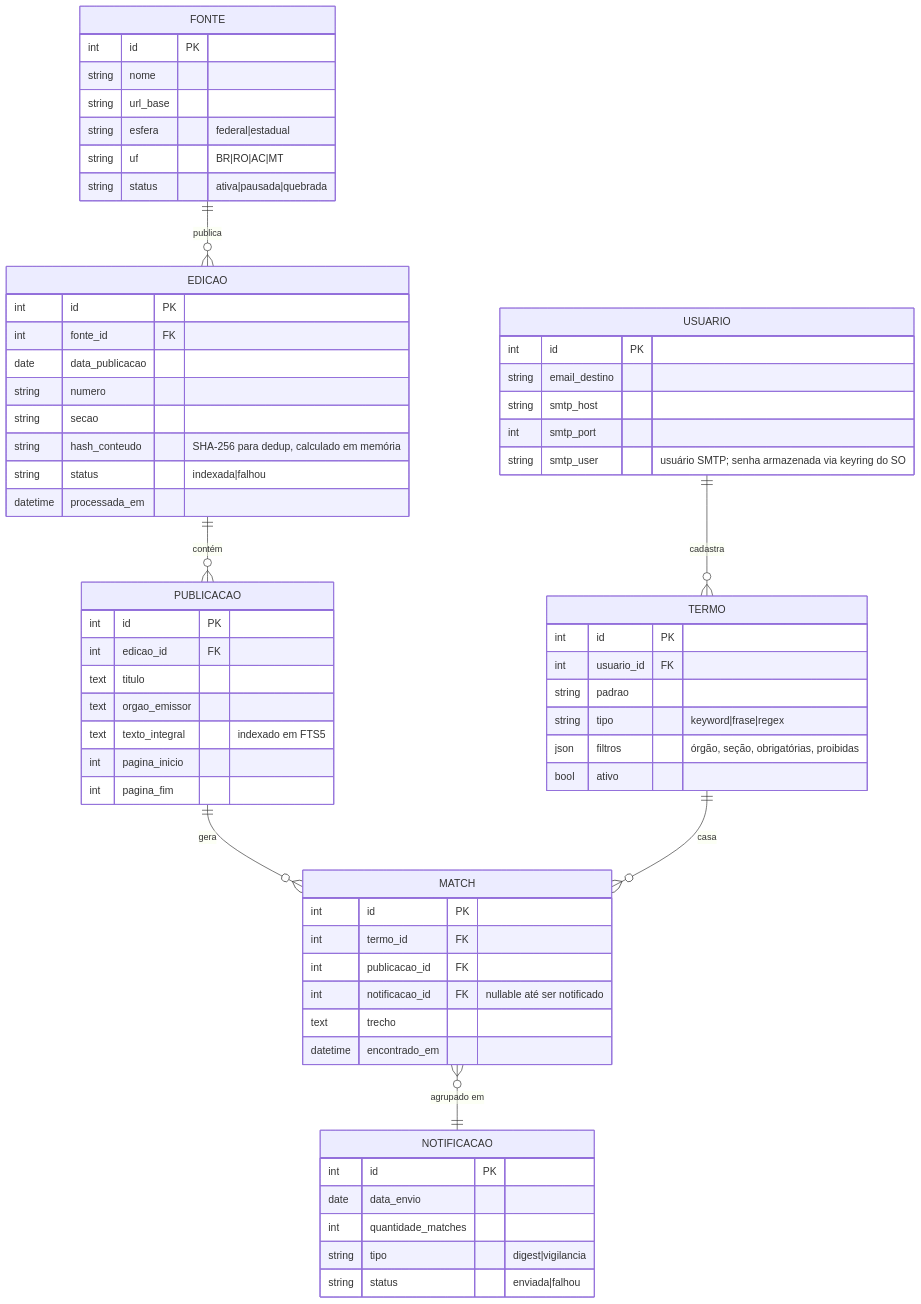
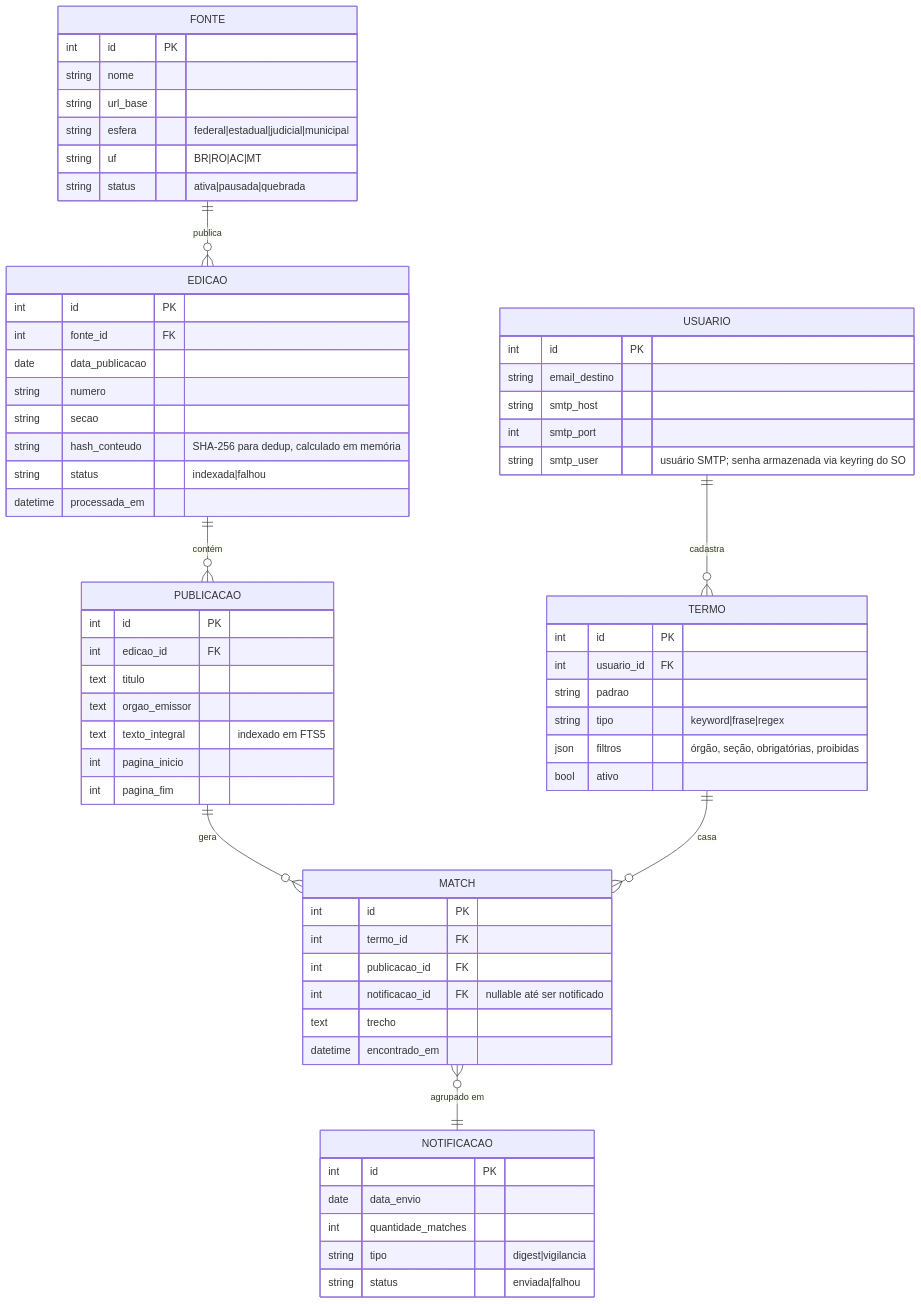
Before and after one commit to CharlestonRibeiro/achaDO: the third of 3 diagrams in docs/ARCHITECTURE.md, drawn with Mermaid. The commit also changed other lines of this file and 1 other file, not shown here.

````diff
--- a/docs/ARCHITECTURE.md
+++ b/docs/ARCHITECTURE.md
@@ -145,67 +145,67 @@
 ```mermaid
 erDiagram
     FONTE ||--o{ EDICAO : "publica"
     EDICAO ||--o{ PUBLICACAO : "contém"
     PUBLICACAO ||--o{ MATCH : "gera"
     TERMO ||--o{ MATCH : "casa"
     USUARIO ||--o{ TERMO : "cadastra"
     MATCH }o--|| NOTIFICACAO : "agrupado em"
 
     FONTE {
         int id PK
         string nome
         string url_base
-        string esfera "federal|estadual"
+        string esfera "federal|estadual|judicial|municipal"
         string uf "BR|RO|AC|MT"
         string status "ativa|pausada|quebrada"
     }
     EDICAO {
         int id PK
         int fonte_id FK
         date data_publicacao
         string numero
         string secao
         string hash_conteudo "SHA-256 para dedup, calculado em memória"
         string status "indexada|falhou"
         datetime processada_em
     }
     PUBLICACAO {
         int id PK
         int edicao_id FK
         text titulo
         text orgao_emissor
         text texto_integral "indexado em FTS5"
         int pagina_inicio
         int pagina_fim
     }
     TERMO {
         int id PK
         int usuario_id FK
         string padrao
         string tipo "keyword|frase|regex"
         json filtros "órgão, seção, obrigatórias, proibidas"
         bool ativo
     }
     MATCH {
         int id PK
         int termo_id FK
         int publicacao_id FK
         int notificacao_id FK "nullable até ser notificado"
         text trecho
         datetime encontrado_em
     }
     NOTIFICACAO {
         int id PK
         date data_envio
         int quantidade_matches
         string tipo "digest|vigilancia"
         string status "enviada|falhou"
     }
     USUARIO {
         int id PK
         string email_destino
         string smtp_host
         int smtp_port
         string smtp_user "usuário SMTP; senha armazenada via keyring do SO"
     }
 ```
````
